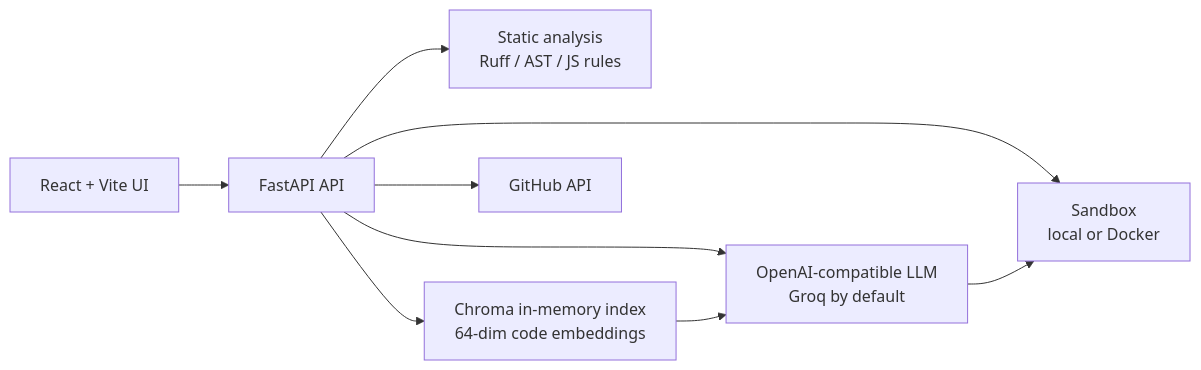
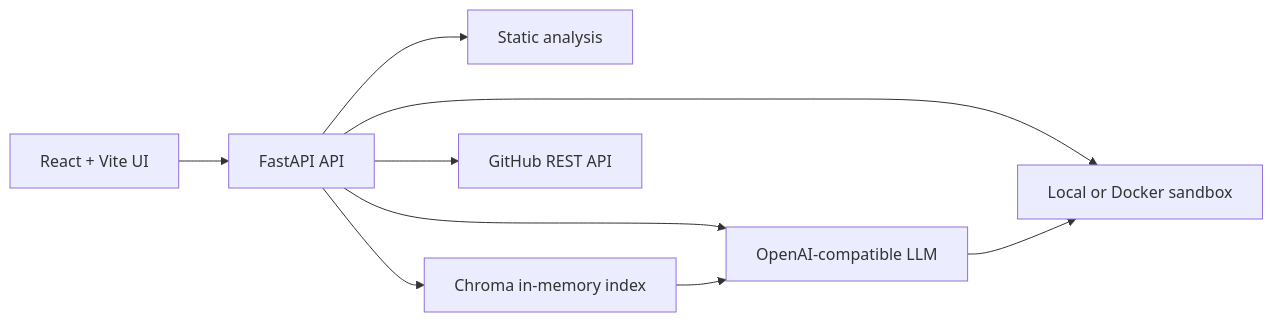
One commit to arunabhho-ui/Code-Reviewer changed the diagram in README.md. Above: the diagram before and after it, drawn with Mermaid. The commit also changed other lines of this file and 24 other files, not shown here.

````diff
--- a/README.md
+++ b/README.md
@@ -9,19 +15,11 @@
 ```mermaid
 flowchart LR
-    UI[React + Vite UI]
-    API[FastAPI API]
-    STATIC[Static analysis\nRuff / AST / JS rules]
-    LLM[OpenAI-compatible LLM\nGroq by default]
-    RAG[Chroma in-memory index\n64-dim code embeddings]
-    SANDBOX[Sandbox\nlocal or Docker]
-    GH[GitHub API]
-
-    UI --> API
-    API --> STATIC
-    API --> LLM
-    API --> RAG
-    API --> SANDBOX
-    API --> GH
+    UI[React + Vite UI] --> API[FastAPI API]
+    API --> STATIC[Static analysis]
+    API --> LLM[OpenAI-compatible LLM]
+    API --> RAG[Chroma in-memory index]
+    API --> SANDBOX[Local or Docker sandbox]
+    API --> GH[GitHub REST API]
     RAG --> LLM
     LLM --> SANDBOX
 ```
````
